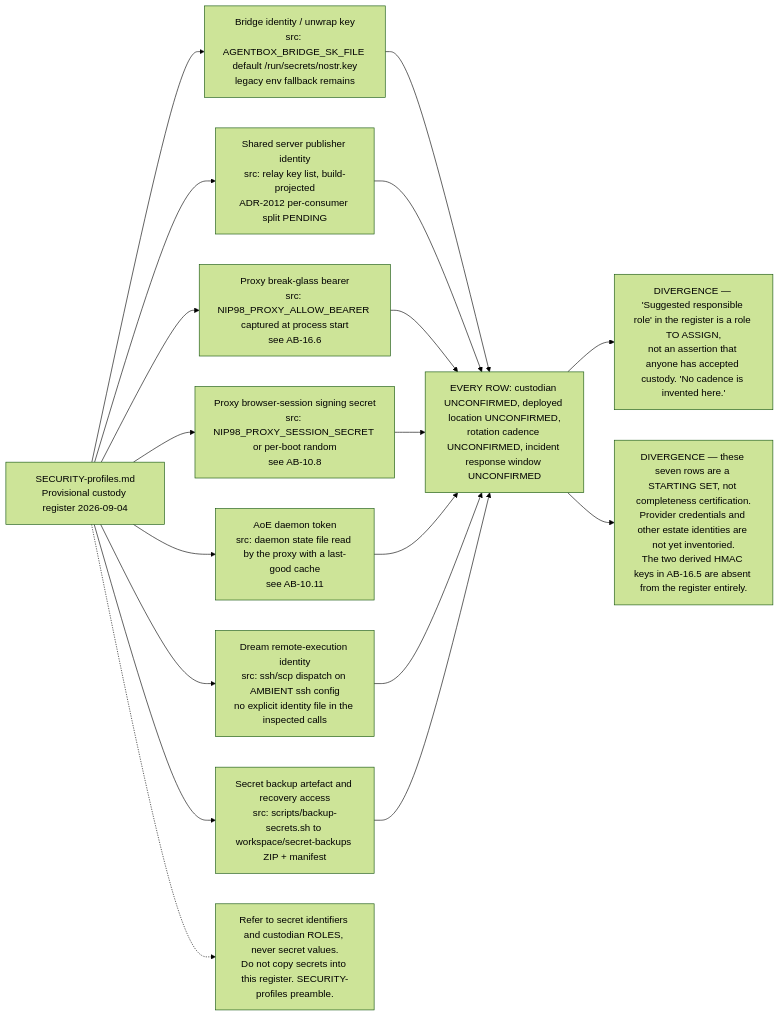
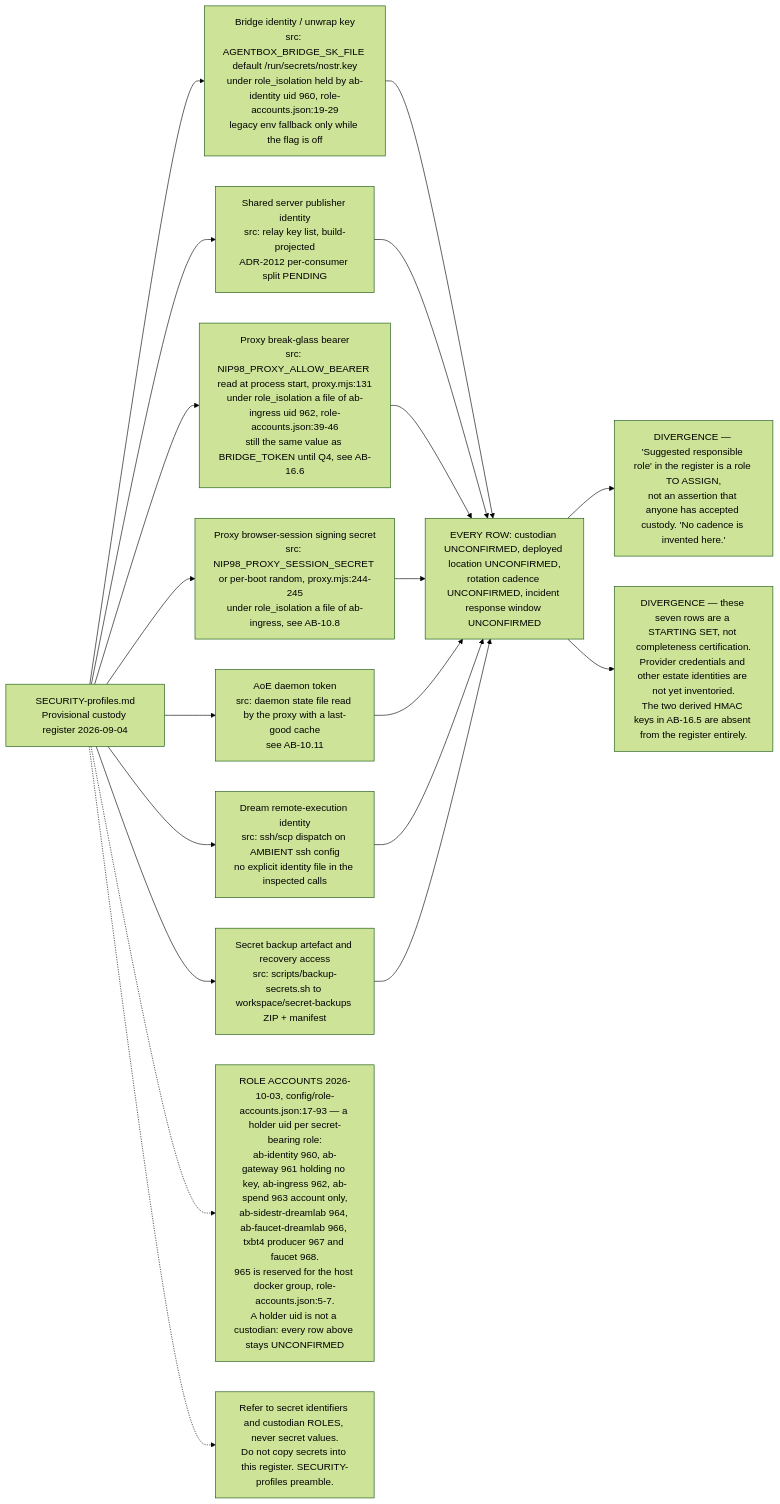
Before and after one commit to DreamLab-AI/VisionFlow: the ninth of 14 diagrams in docs/diagrams/agentbox/16-secrets-custody-seccomp-profiles.md, drawn with Mermaid (forest theme). The commit also changed other lines of this file and 14 other files, not shown here.

First line of the commit message:
docs(diagrams): custody role isolation — new AB-36, re-stamp 11 topics at the custody integration head

````diff
--- a/docs/diagrams/agentbox/16-secrets-custody-seccomp-profiles.md
+++ b/docs/diagrams/agentbox/16-secrets-custody-seccomp-profiles.md
@@ -319,21 +352,22 @@
 ```mermaid
 flowchart LR
     R["SECURITY-profiles.md<br/>Provisional custody register 2026-09-04"]
-    R --> C1["Bridge identity / unwrap key<br/>src: AGENTBOX_BRIDGE_SK_FILE default /run/secrets/nostr.key<br/>legacy env fallback remains"]
+    R --> C1["Bridge identity / unwrap key<br/>src: AGENTBOX_BRIDGE_SK_FILE default /run/secrets/nostr.key<br/>under role_isolation held by ab-identity uid 960, role-accounts.json:19-29<br/>legacy env fallback only while the flag is off"]
     R --> C2["Shared server publisher identity<br/>src: relay key list, build-projected<br/>ADR-2012 per-consumer split PENDING"]
-    R --> C3["Proxy break-glass bearer<br/>src: NIP98_PROXY_ALLOW_BEARER captured at process start<br/>see AB-16.6"]
-    R --> C4["Proxy browser-session signing secret<br/>src: NIP98_PROXY_SESSION_SECRET or per-boot random<br/>see AB-10.8"]
+    R --> C3["Proxy break-glass bearer<br/>src: NIP98_PROXY_ALLOW_BEARER read at process start, proxy.mjs:131<br/>under role_isolation a file of ab-ingress uid 962, role-accounts.json:39-46<br/>still the same value as BRIDGE_TOKEN until Q4, see AB-16.6"]
+    R --> C4["Proxy browser-session signing secret<br/>src: NIP98_PROXY_SESSION_SECRET or per-boot random, proxy.mjs:244-245<br/>under role_isolation a file of ab-ingress, see AB-10.8"]
     R --> C5["AoE daemon token<br/>src: daemon state file read by the proxy with a last-good cache<br/>see AB-10.11"]
     R --> C6["Dream remote-execution identity<br/>src: ssh/scp dispatch on AMBIENT ssh config<br/>no explicit identity file in the inspected calls"]
     R --> C7["Secret backup artefact and recovery access<br/>src: scripts/backup-secrets.sh to workspace/secret-backups ZIP + manifest"]
     C1 --> U["EVERY ROW: custodian UNCONFIRMED, deployed location UNCONFIRMED,<br/>rotation cadence UNCONFIRMED, incident response window UNCONFIRMED"]
     C2 --> U
     C3 --> U
     C4 --> U
     C5 --> U
     C6 --> U
     C7 --> U
     U --> N1["DIVERGENCE — 'Suggested responsible role' in the register is a role TO ASSIGN,<br/>not an assertion that anyone has accepted custody. 'No cadence is invented here.'"]
     U --> N2["DIVERGENCE — these seven rows are a STARTING SET, not completeness certification.<br/>Provider credentials and other estate identities are not yet inventoried.<br/>The two derived HMAC keys in AB-16.5 are absent from the register entirely."]
+    R -.-> N4["ROLE ACCOUNTS 2026-10-03, config/role-accounts.json:17-93 — a holder uid per secret-bearing role:<br/>ab-identity 960, ab-gateway 961 holding no key, ab-ingress 962, ab-spend 963 account only,<br/>ab-sidestr-dreamlab 964, ab-faucet-dreamlab 966, txbt4 producer 967 and faucet 968.<br/>965 is reserved for the host docker group, role-accounts.json:5-7.<br/>A holder uid is not a custodian: every row above stays UNCONFIRMED"]
     R -.-> N3["Refer to secret identifiers and custodian ROLES, never secret values.<br/>Do not copy secrets into this register. SECURITY-profiles preamble."]
 ```
````
